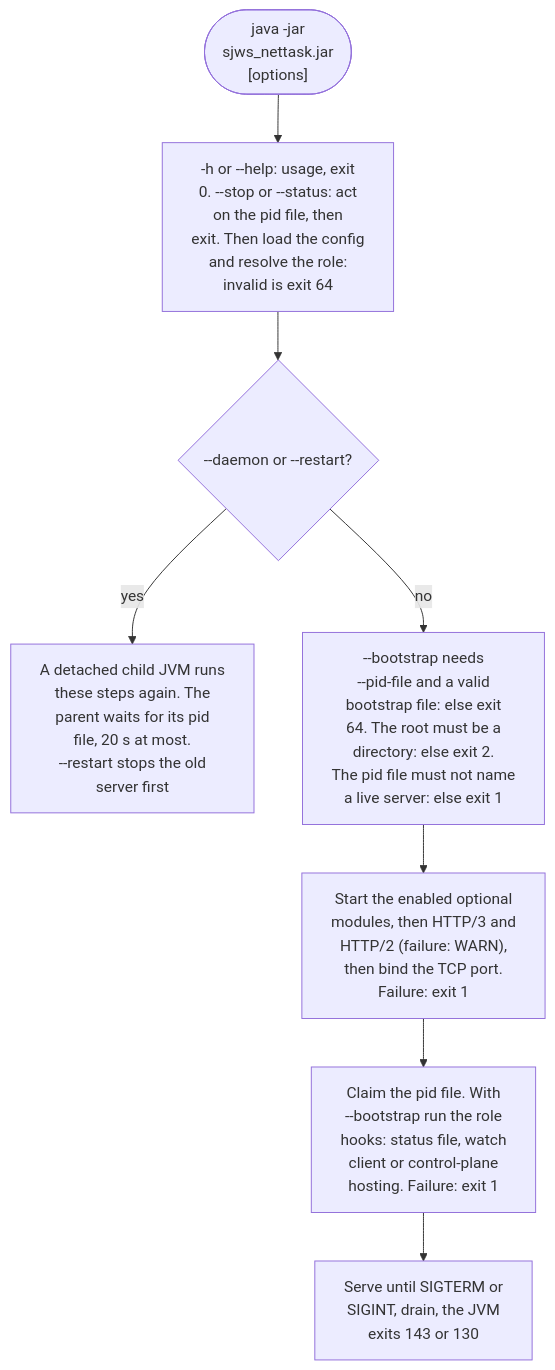
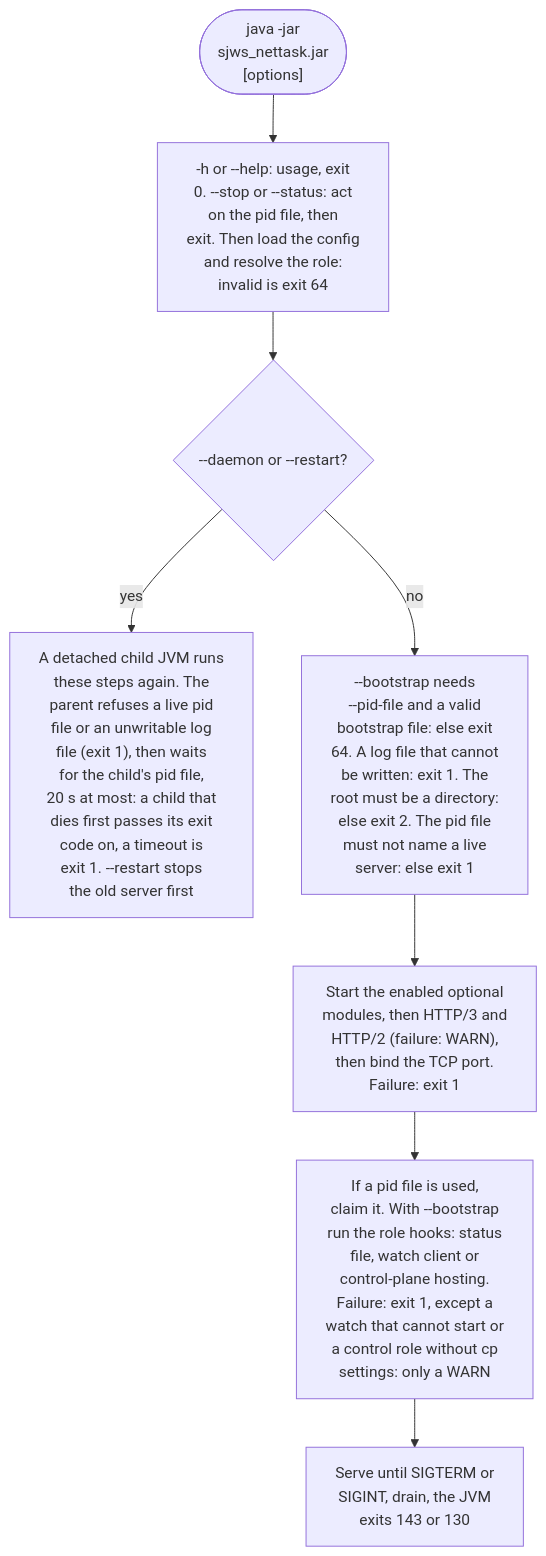
One commit to BlivionIaG/sjws_nettask changed the diagram in docs/user/command-line.md. Above: the diagram before and after it, drawn with Mermaid. The commit also changed 19 other files, not shown here.

First line of the commit message:
docs: fix the diagrams the fact-check found imprecise

````diff
--- a/docs/user/command-line.md
+++ b/docs/user/command-line.md
@@ -61,10 +61,10 @@
 ```mermaid
 flowchart TD
     s(["java -jar<br/>sjws_nettask.jar<br/>[options]"]) --> a["-h or --help: usage, exit<br/>0. --stop or --status: act<br/>on the pid file, then<br/>exit. Then load the config<br/>and resolve the role:<br/>invalid is exit 64"]
     a --> d{"--daemon or --restart?"}
-    d -->|yes| e["A detached child JVM runs<br/>these steps again. The<br/>parent waits for its pid<br/>file, 20 s at most.<br/>--restart stops the old<br/>server first"]
-    d -->|no| bs["--bootstrap needs<br/>--pid-file and a valid<br/>bootstrap file: else exit<br/>64. The root must be a<br/>directory: else exit 2.<br/>The pid file must not name<br/>a live server: else exit 1"]
+    d -->|yes| e["A detached child JVM runs<br/>these steps again. The<br/>parent refuses a live pid<br/>file or an unwritable log<br/>file (exit 1), then waits<br/>for the child's pid file,<br/>20 s at most: a child that<br/>dies first passes its exit<br/>code on, a timeout is<br/>exit 1. --restart stops<br/>the old server first"]
+    d -->|no| bs["--bootstrap needs<br/>--pid-file and a valid<br/>bootstrap file: else exit<br/>64. A log file that cannot<br/>be written: exit 1. The<br/>root must be a directory:<br/>else exit 2. The pid file<br/>must not name a live<br/>server: else exit 1"]
     bs --> m["Start the enabled optional<br/>modules, then HTTP/3 and<br/>HTTP/2 (failure: WARN),<br/>then bind the TCP port.<br/>Failure: exit 1"]
-    m --> hk["Claim the pid file. With<br/>--bootstrap run the role<br/>hooks: status file, watch<br/>client or control-plane<br/>hosting. Failure: exit 1"]
+    m --> hk["If a pid file is used,<br/>claim it. With --bootstrap<br/>run the role hooks: status<br/>file, watch client or<br/>control-plane hosting.<br/>Failure: exit 1, except a<br/>watch that cannot start or<br/>a control role without cp<br/>settings: only a WARN"]
     hk --> i["Serve until SIGTERM or<br/>SIGINT, drain, the JVM<br/>exits 143 or 130"]
 ```
````
